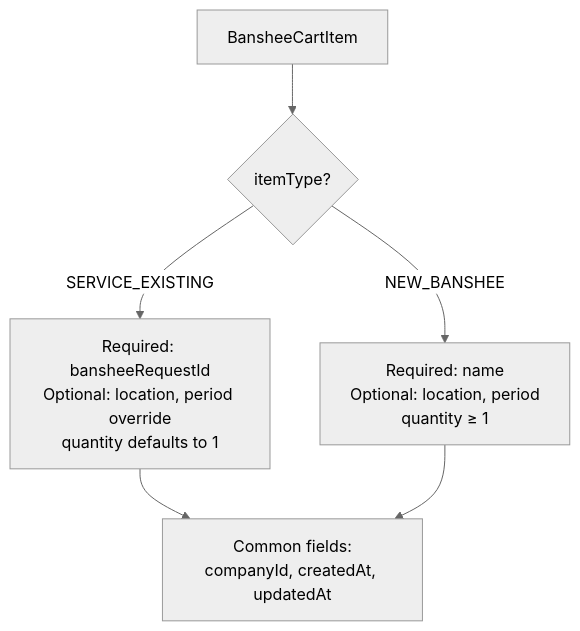
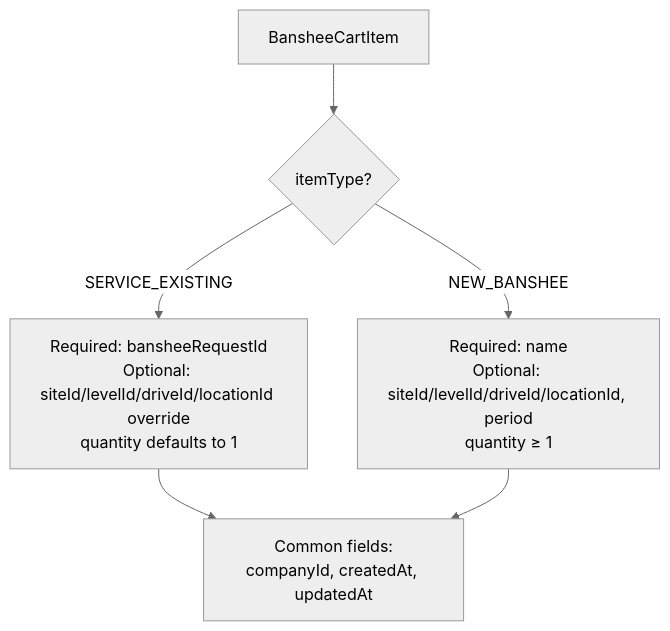
Diagram 15 of 21 in docs/techinal-design-document.md (omikking/iot-device), drawn with Mermaid (neutral theme) before and after one commit. The commit also changed other lines of this file and 12 other files, not shown here.

````diff
--- a/docs/techinal-design-document.md
+++ b/docs/techinal-design-document.md
@@ -1270,8 +1326,8 @@
 ```mermaid
 flowchart TD
     Item[BansheeCartItem] --> Type{itemType?}
-    Type -->|SERVICE_EXISTING| SE[Required: bansheeRequestId<br/>Optional: location, period override<br/>quantity defaults to 1]
-    Type -->|NEW_BANSHEE| NB[Required: name<br/>Optional: location, period<br/>quantity ≥ 1]
+    Type -->|SERVICE_EXISTING| SE[Required: bansheeRequestId<br/>Optional: siteId/levelId/driveId/locationId override<br/>quantity defaults to 1]
+    Type -->|NEW_BANSHEE| NB[Required: name<br/>Optional: siteId/levelId/driveId/locationId, period<br/>quantity ≥ 1]
     SE --> Common[Common fields:<br/>companyId, createdAt, updatedAt]
     NB --> Common
 ```
````
